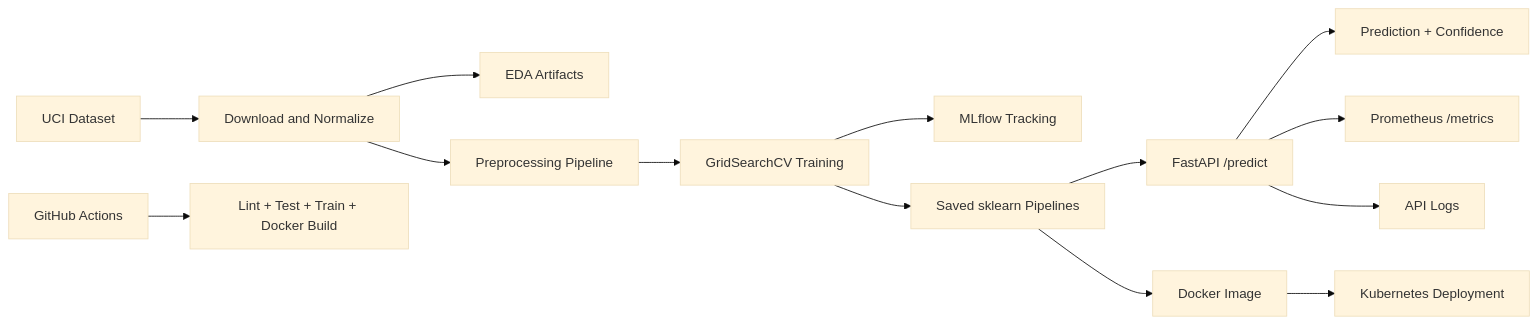
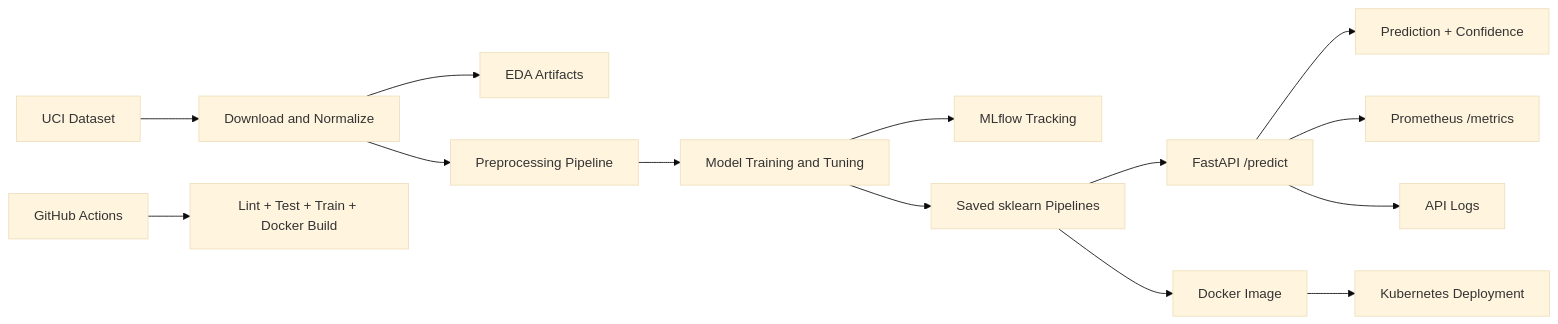
The diagram in docs/ARCHITECTURE.md (2024CS05012/MLOps-Heart-Disease), drawn with Mermaid (base theme) before and after one commit. The commit also changed other lines of this file and 5 other files, not shown here.

````diff
--- a/docs/ARCHITECTURE.md
+++ b/docs/ARCHITECTURE.md
@@ -17,16 +20,16 @@
 ```mermaid
 flowchart LR
     A[UCI Dataset] --> B[Download and Normalize]
     B --> C[EDA Artifacts]
     B --> D[Preprocessing Pipeline]
-    D --> E[GridSearchCV Training]
+    D --> E[Model Training and Tuning]
     E --> F[MLflow Tracking]
     E --> G[Saved sklearn Pipelines]
     G --> H[FastAPI /predict]
     H --> I[Prediction + Confidence]
     H --> J[Prometheus /metrics]
     H --> K[API Logs]
     G --> L[Docker Image]
     L --> M[Kubernetes Deployment]
     N[GitHub Actions] --> O[Lint + Test + Train + Docker Build]
 ```
````
